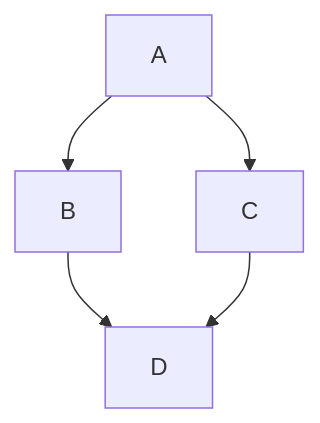
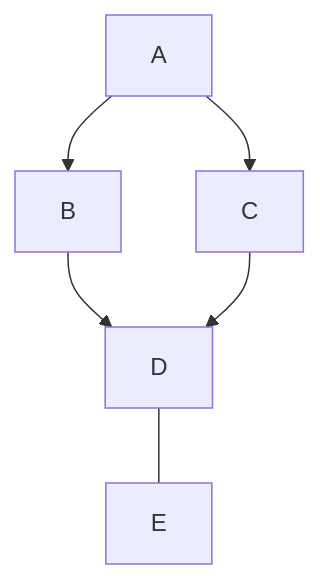
Before and after one commit to misterkrull/GitWhippingBoy: the first of 2 diagrams in README.md, drawn with Mermaid.

Commit message:
Update README.md 123

````diff
--- a/README.md
+++ b/README.md
@@ -1,7 +1,8 @@
 ```mermaid
   graph TB;
       A-->B;
       A-->C;
       B-->D;
       C-->D;
+      D---E
 ```
````
